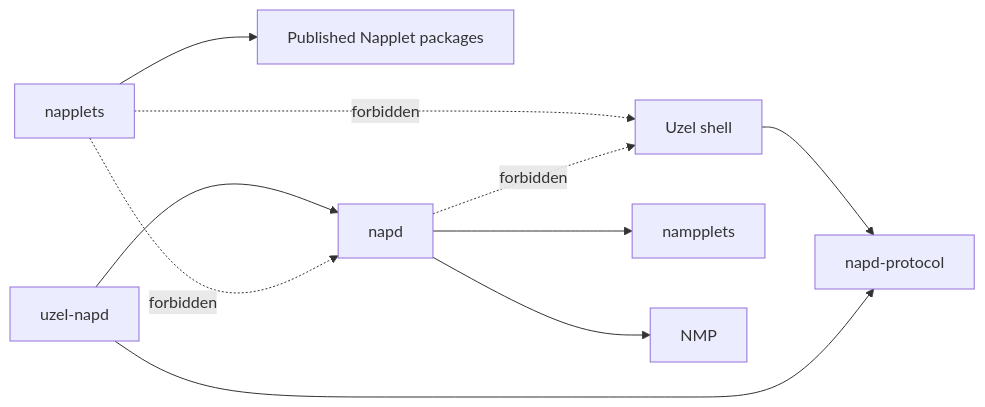
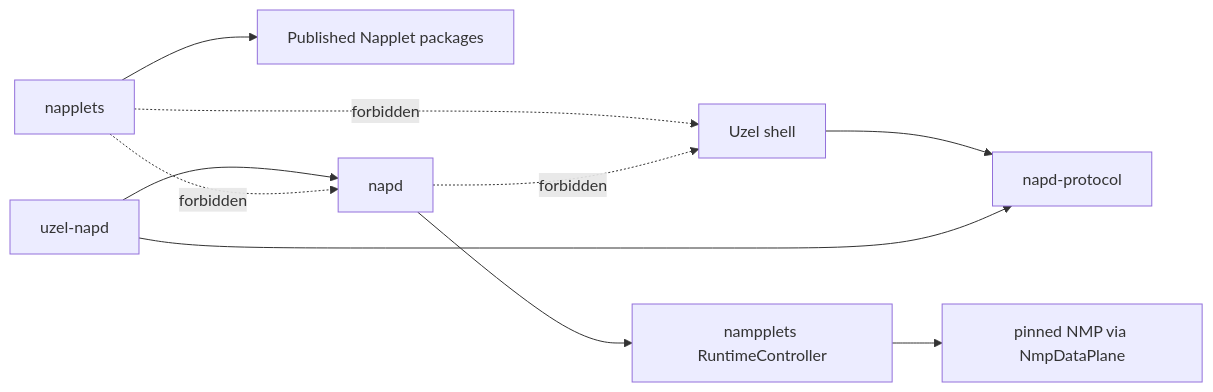
Before and after one commit to jodobear/uzel: the second of 5 diagrams in uzel-poc-validated-pack/docs/02-architecture.md, drawn with Mermaid. The commit also changed other lines of this file and 26 other files, not shown here.

````diff
--- a/uzel-poc-validated-pack/docs/02-architecture.md
+++ b/uzel-poc-validated-pack/docs/02-architecture.md
@@ -65,13 +69,13 @@
 ```mermaid
 flowchart LR
     NP[napplets] --> NAP[Published Napplet packages]
     SH[Uzel shell] --> PR[napd-protocol]
     DM[uzel-napd] --> PR
     DM --> NC[napd]
-    NC --> NM[nampplets]
-    NC --> NMP[NMP]
+    NC --> NM[nampplets RuntimeController]
+    NM --> NMP[pinned NMP via NmpDataPlane]
 
     NP -. forbidden .-> SH
     NP -. forbidden .-> NC
     NC -. forbidden .-> SH
 ```
````
